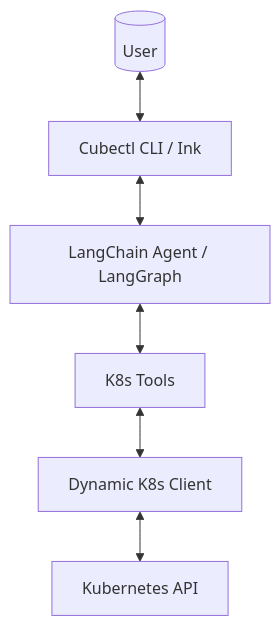
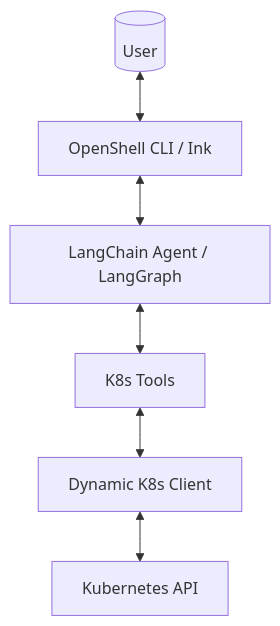
The diagram in DEVELOPER.md (zhizuqiu/openshell), drawn with Mermaid before and after one commit. The commit also changed other lines of this file and 6 other files, not shown here.

Commit message:
Fix multi-step task flow, complete rebranding, and fix build errors

````diff
--- a/DEVELOPER.md
+++ b/DEVELOPER.md
@@ -24,8 +24,8 @@
 ```mermaid
 graph TD
-    User[(User)] <--> CLI[Cubectl CLI / Ink]
+    User[(User)] <--> CLI[OpenShell CLI / Ink]
     CLI <--> Agent[LangChain Agent / LangGraph]
     Agent <--> Tools[K8s Tools]
     Tools <--> Client[Dynamic K8s Client]
     Client <--> API[Kubernetes API]
 ```
````
